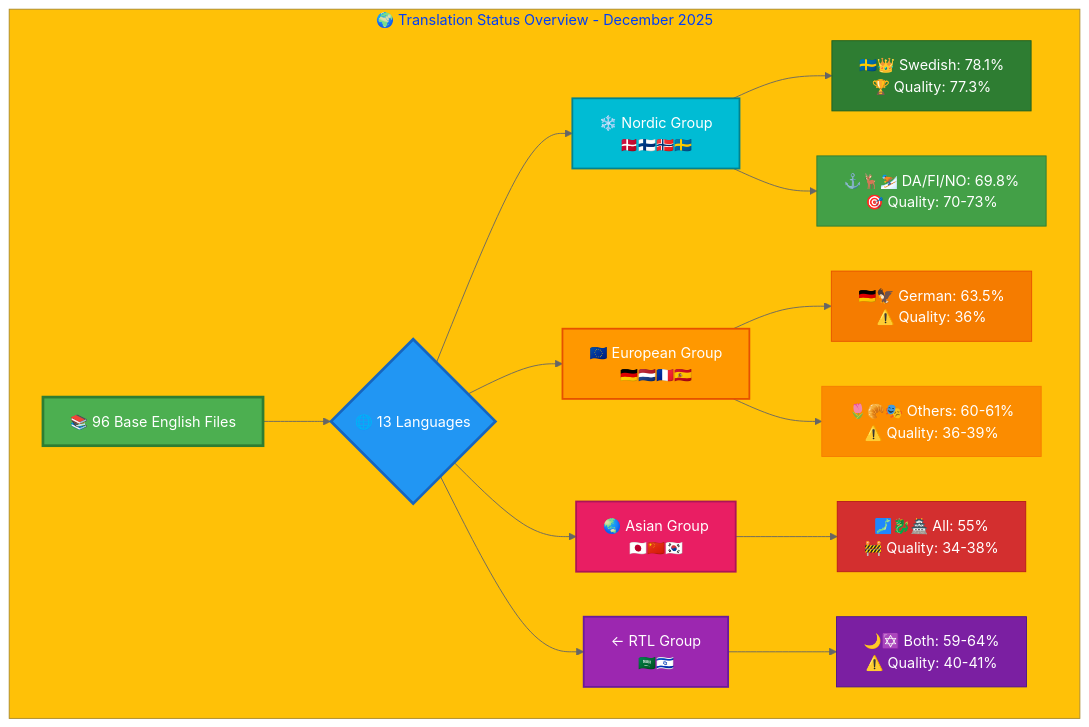
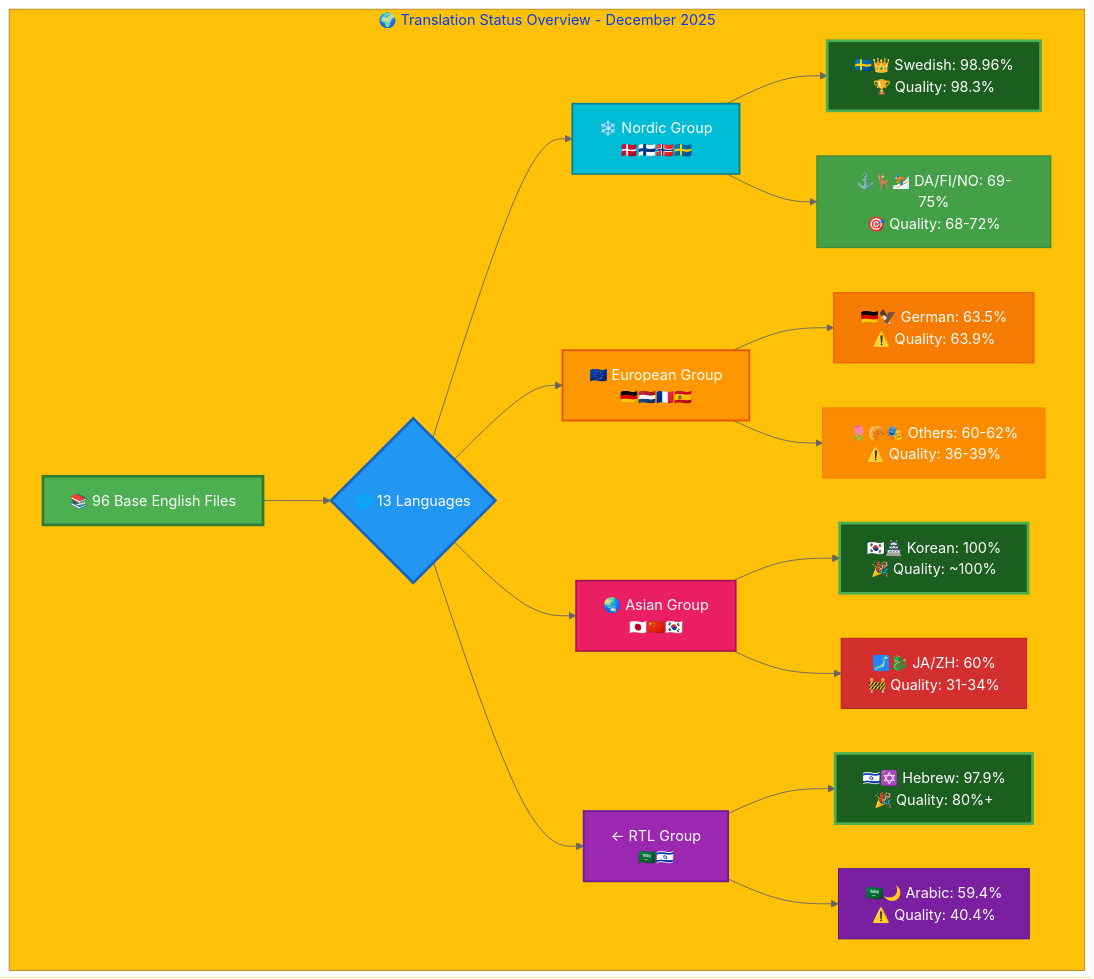
One commit to Hack23/homepage changed the first of 2 diagrams in TRANSLATION_DOCUMENTATION_README.md. Above: the diagram before and after it, drawn with Mermaid. The commit also changed other lines of this file, not shown here.

````diff
--- a/TRANSLATION_DOCUMENTATION_README.md
+++ b/TRANSLATION_DOCUMENTATION_README.md
@@ -92,34 +186,38 @@
 ```mermaid
 %%{init: {'theme':'base', 'themeVariables': { 'primaryColor':'#4CAF50','primaryTextColor':'#fff','primaryBorderColor':'#2E7D32','lineColor':'#666','secondaryColor':'#2196F3','tertiaryColor':'#FFC107','fontSize':'16px'}}}%%
 graph TB
     subgraph "🌍 Translation Status Overview - December 2025"
         A["📚 96 Base English Files"] --> B{"🌐 13 Languages"}
         B --> C["❄️ Nordic Group<br/>🇩🇰🇫🇮🇳🇴🇸🇪"]
         B --> D["🇪🇺 European Group<br/>🇩🇪🇳🇱🇫🇷🇪🇸"]
         B --> E["🌏 Asian Group<br/>🇯🇵🇨🇳🇰🇷"]
         B --> F["← RTL Group<br/>🇸🇦🇮🇱"]
         
-        C --> C1["🇸🇪👑 Swedish: 78.1%<br/>🏆 Quality: 77.3%"]
-        C --> C2["⚓🦌⛷️ DA/FI/NO: 69.8%<br/>🎯 Quality: 70-73%"]
+        C --> C1["🇸🇪👑 Swedish: 98.96%<br/>🏆 Quality: 98.3%"]
+        C --> C2["⚓🦌⛷️ DA/FI/NO: 69-75%<br/>🎯 Quality: 68-72%"]
         
-        D --> D1["🇩🇪🦅 German: 63.5%<br/>⚠️  Quality: 36%"]
-        D --> D2["🌷🥐🎭 Others: 60-61%<br/>⚠️  Quality: 36-39%"]
+        D --> D1["🇩🇪🦅 German: 63.5%<br/>⚠️  Quality: 63.9%"]
+        D --> D2["🌷🥐🎭 Others: 60-62%<br/>⚠️  Quality: 36-39%"]
         
-        E --> E1["🗾🐉🏯 All: 55%<br/>🚧 Quality: 34-38%"]
+        E --> E1["🇰🇷🏯 Korean: 100%<br/>🎉 Quality: ~100%"]
+        E --> E2["🗾🐉 JA/ZH: 60%<br/>🚧 Quality: 31-34%"]
         
-        F --> F1["🌙✡️ Both: 59-64%<br/>⚠️  Quality: 40-41%"]
+        F --> F1["🇮🇱✡️ Hebrew: 97.9%<br/>🎉 Quality: 80%+"]
+        F --> F2["🇸🇦🌙 Arabic: 59.4%<br/>⚠️  Quality: 40.4%"]
         
         style A fill:#4CAF50,stroke:#2E7D32,color:#fff,stroke-width:3px
         style B fill:#2196F3,stroke:#1565C0,color:#fff,stroke-width:3px
         style C fill:#00BCD4,stroke:#00838F,color:#fff,stroke-width:2px
         style D fill:#FF9800,stroke:#E65100,color:#fff,stroke-width:2px
         style E fill:#E91E63,stroke:#AD1457,color:#fff,stroke-width:2px
         style F fill:#9C27B0,stroke:#6A1B9A,color:#fff,stroke-width:2px
-        style C1 fill:#2E7D32,stroke:#1B5E20,color:#fff
+        style C1 fill:#1B5E20,stroke:#4CAF50,color:#fff,stroke-width:3px
         style C2 fill:#43A047,stroke:#2E7D32,color:#fff
         style D1 fill:#F57C00,stroke:#E65100,color:#fff
         style D2 fill:#FB8C00,stroke:#F57C00,color:#fff
-        style E1 fill:#D32F2F,stroke:#B71C1C,color:#fff
-        style F1 fill:#7B1FA2,stroke:#4A148C,color:#fff
+        style E1 fill:#1B5E20,stroke:#4CAF50,color:#fff,stroke-width:3px
+        style E2 fill:#D32F2F,stroke:#B71C1C,color:#fff
+        style F1 fill:#1B5E20,stroke:#4CAF50,color:#fff,stroke-width:3px
+        style F2 fill:#7B1FA2,stroke:#4A148C,color:#fff
     end
 ```
````
